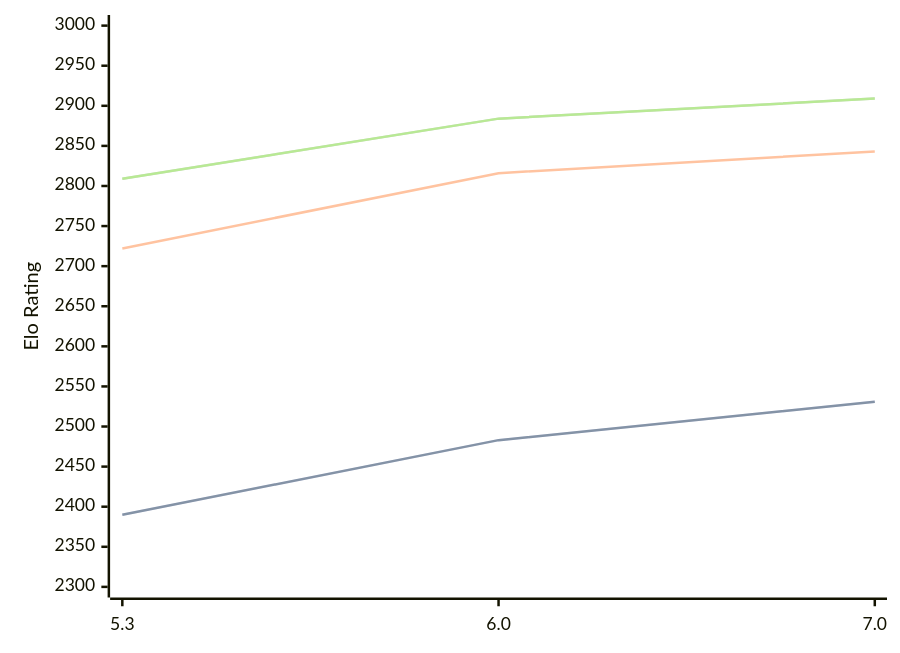
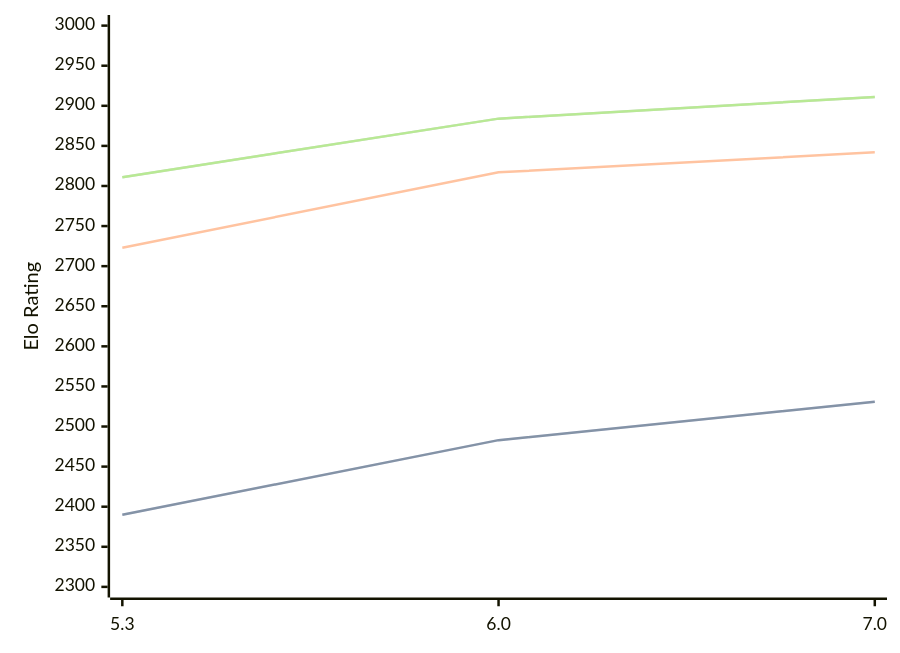
The diagram in engines/tomitankChess.md (computer-chess-index/cci), drawn with Mermaid before and after one commit. The commit also changed other lines of this file, not shown here.

Commit message:
Update CCI Ratings (ELO VLTC) - 2026-09-14

````diff
--- a/engines/tomitankChess.md
+++ b/engines/tomitankChess.md
@@ -33,11 +33,11 @@
 ```mermaid
 %%{init: {"theme":"base","themeVariables":{"seriesColors:['#a3a3a3','#222221','#faa371']}}}%%
 xychart-beta
   x-axis ["5.3", "6.0", "7.0"]
   y-axis "Elo Rating" 2300 --> 3000
   line "" [2390, 2483, 2531]
   line "STC (8.0+0.08s)" [2390, 2483, 2531]
-  line "LTC (60.0+0.60s)" [2722, 2816, 2843]
-  line "" [2809, 2884, 2909]
-  line "VLTC (2m24s+1.12s)" [2809, 2884, 2909]
+  line "LTC (60.0+0.60s)" [2723, 2817, 2842]
+  line "" [2811, 2884, 2911]
+  line "VLTC (2m24s+1.12s)" [2811, 2884, 2911]
 ```
````
